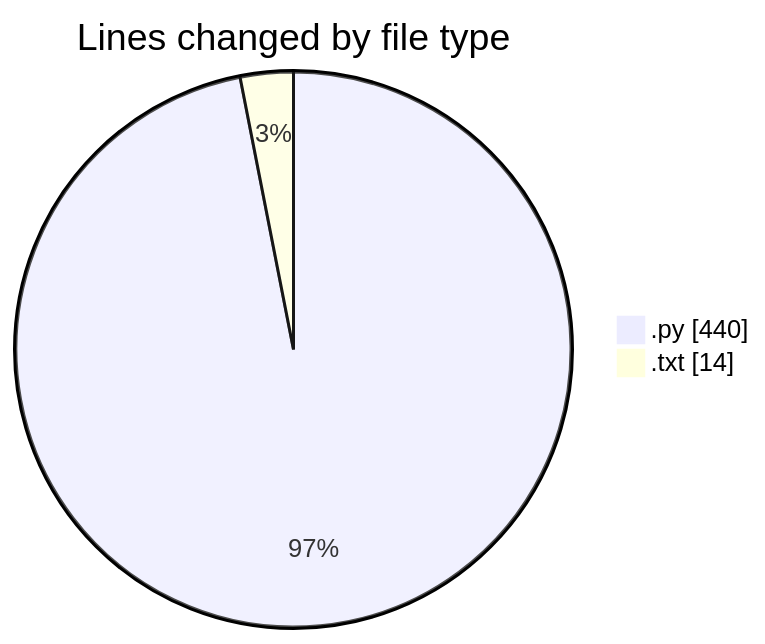
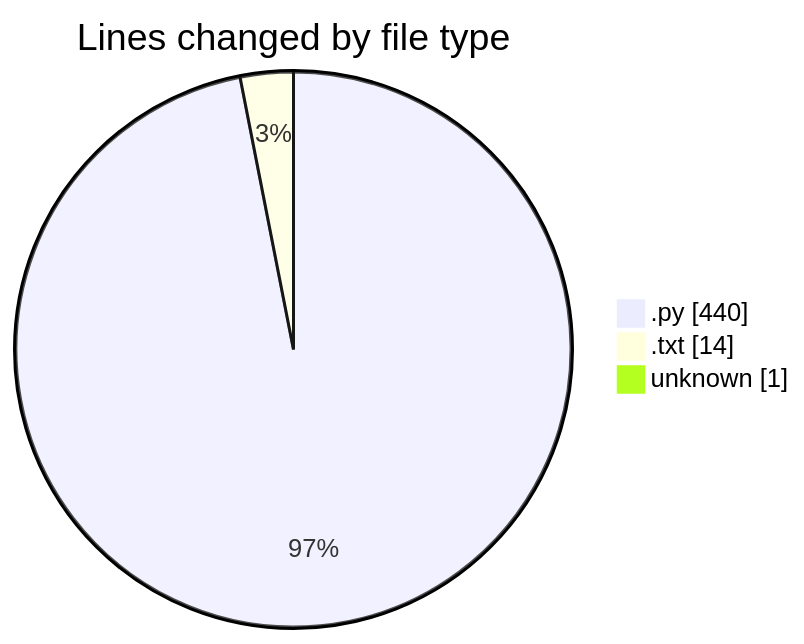
The first of 2 diagrams in 2026-07-03/researchlens/README.md (Unknowalive/code-tracking), drawn with Mermaid before and after one commit. The commit also changed other lines of this file and 1 other file, not shown here.

````diff
--- a/2026-07-03/researchlens/README.md
+++ b/2026-07-03/researchlens/README.md
@@ -24,6 +25,7 @@
 ```mermaid
 pie showData
 title Lines changed by file type
 ".py" : 440
 ".txt" : 14
+"unknown" : 1
 ```
````
